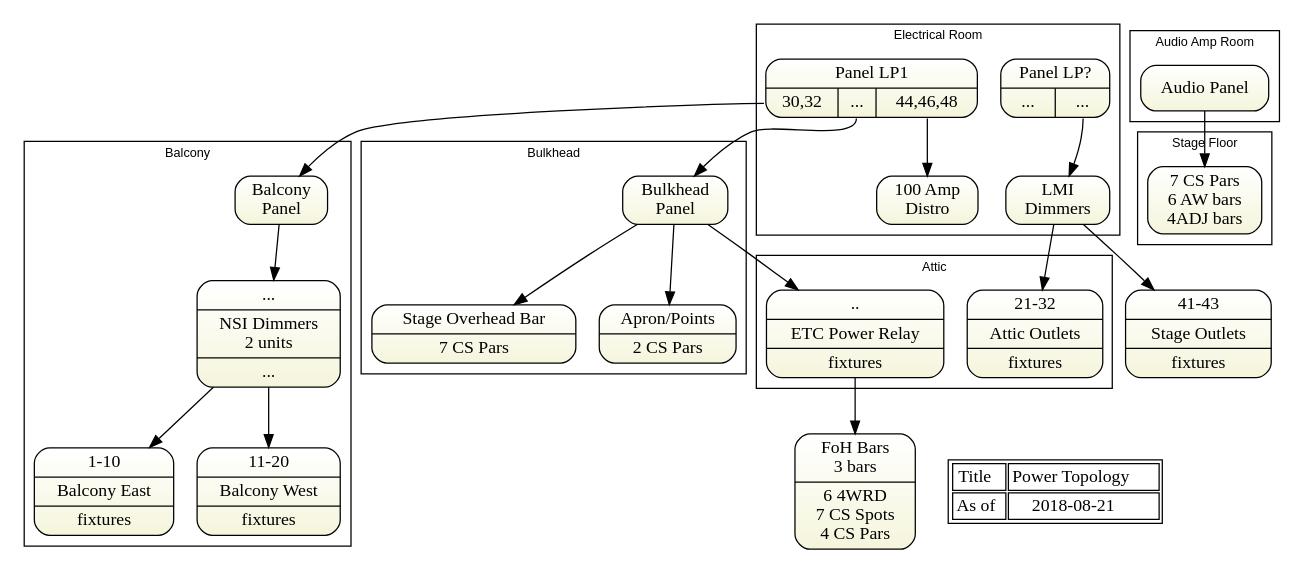
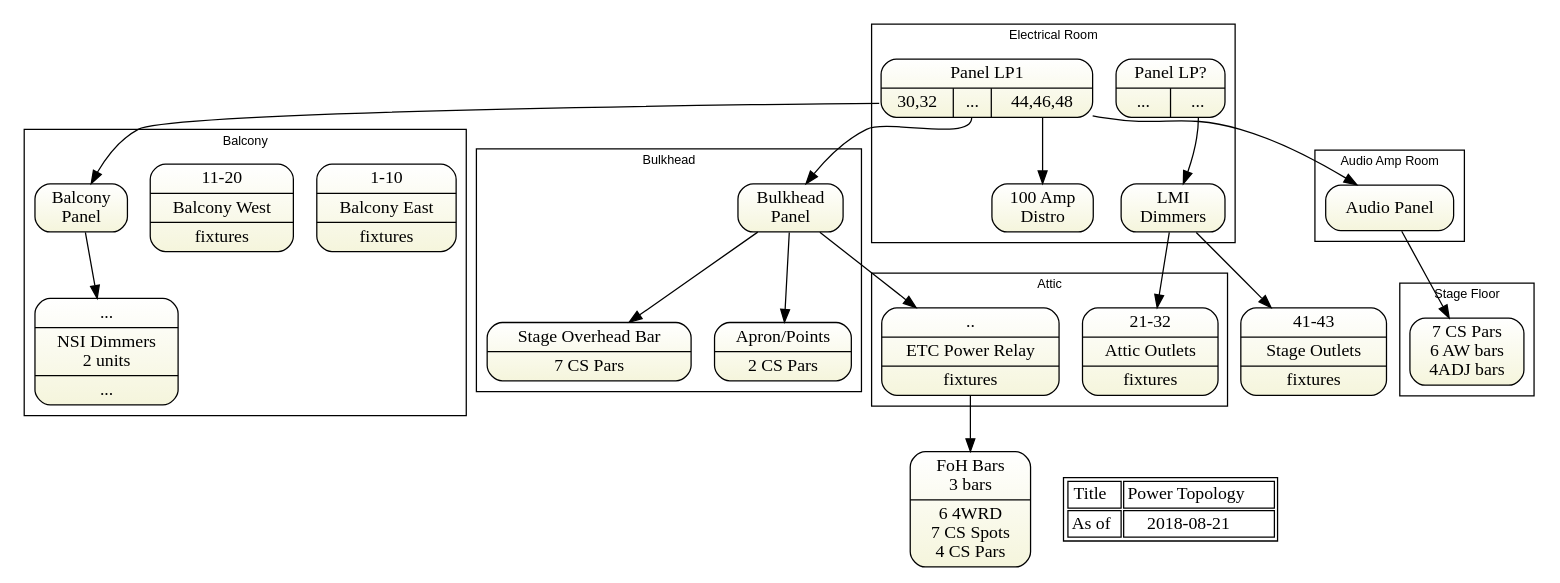
The diagram in sdl-topology3-power.gv (avmaint/uactechdoc), drawn with Graphviz before and after one commit. The commit also changed 5 other files, not shown here.

```diff
--- a/sdl-topology3-power.gv
+++ b/sdl-topology3-power.gv
@@ -1,85 +1,85 @@
 digraph topology3 { 
 graph [overlap = true, fontsize = 10, rankdir=TB 
       tooltip="Lighting Power Topology",
       fontname = Helvetica]
 
 node [shape=Mrecord, tooltip="" , 
       fillcolor="white:beige" , style=filled  
       gradientangle=270]
       
 lp1 [label="{{Panel LP1}|{ <o3032>30,32|<o2>...|<o4448>44,46,48}}"]
 somepanel [label="{{Panel LP?}|{ <o3032>...|<ox>... }}"]
 stage     [label="{<i>41-43|{Stage Outlets}|{ fixtures}}"]
 balconyeast  [label="{<i>1-10|{Balcony East}|{ fixtures}}"]
 balconywest  [label="{<i>11-20|{Balcony West}|{ fixtures}}"]
 
 fohbar       [label="{FoH Bars\n3 bars|6 4WRD\n7 CS Spots\n4 CS Pars}"]
 topbar       [label="{Stage Overhead Bar|7 CS Pars}"]
 points       [label="{Apron/Points|2 CS Pars}"]
 
 etcrelay  [label="{<i>..|{ETC Power Relay}|{ fixtures}}"]
 
       
 subgraph cluster_er { label="Electrical Room"
   somepanel
   lmi      [label="LMI\nDimmers"]
   lp1
   distro [label="100 Amp\nDistro"]
 }      
 
 subgraph cluster_bal { label="Balcony"
   balcony     [label="Balcony\nPanel"]
   nsi         [label="{<i>...|{NSI Dimmers\n2 units}|{ <o>...}}"]
   balconyeast
   balconywest
 }
 
 subgraph cluster_bulk { label="Bulkhead"
   bulkhead  [label="Bulkhead\nPanel"]
   topbar
   points
 }
 
 subgraph cluster_attic {label="Attic"
 attic [label="{<i>21-32|{Attic Outlets}|{ fixtures}}"]
 etcrelay
 }
 
 subgraph cluster_amp {label="Audio Amp Room"
    amppanel [label="Audio Panel"]
 }
 
 subgraph cluster_stage {label="Stage Floor"
   stagepars [label="7 CS Pars\n6 AW bars\n4ADJ bars"]
 }
 
 amppanel -> stagepars
 
 somepanel:ox -> lmi
 lmi -> stage  
 lmi -> attic
 
 lp1:o2 -> bulkhead
 lp1:o3032 -> balcony  
 lp1:o4448 -> distro
 balcony -> nsi
-nsi -> balconyeast  
-nsi -> balconywest  
+
+lp1 -> amppanel
 
 bulkhead -> topbar
 bulkhead -> points
 bulkhead -> etcrelay -> fohbar
   
 Node [shape=plaintext, fillcolor=white]
 stamp [label= <<table>
 <tr><td>Title</td>
     <td>Power Topology</td>
 </tr>    
 <tr><td>As of</td>
     <td>2018-08-21</td>
 </tr>
 </table>> ]  
 
 {rank=same; stamp  fohbar    }
 
  } 
```
